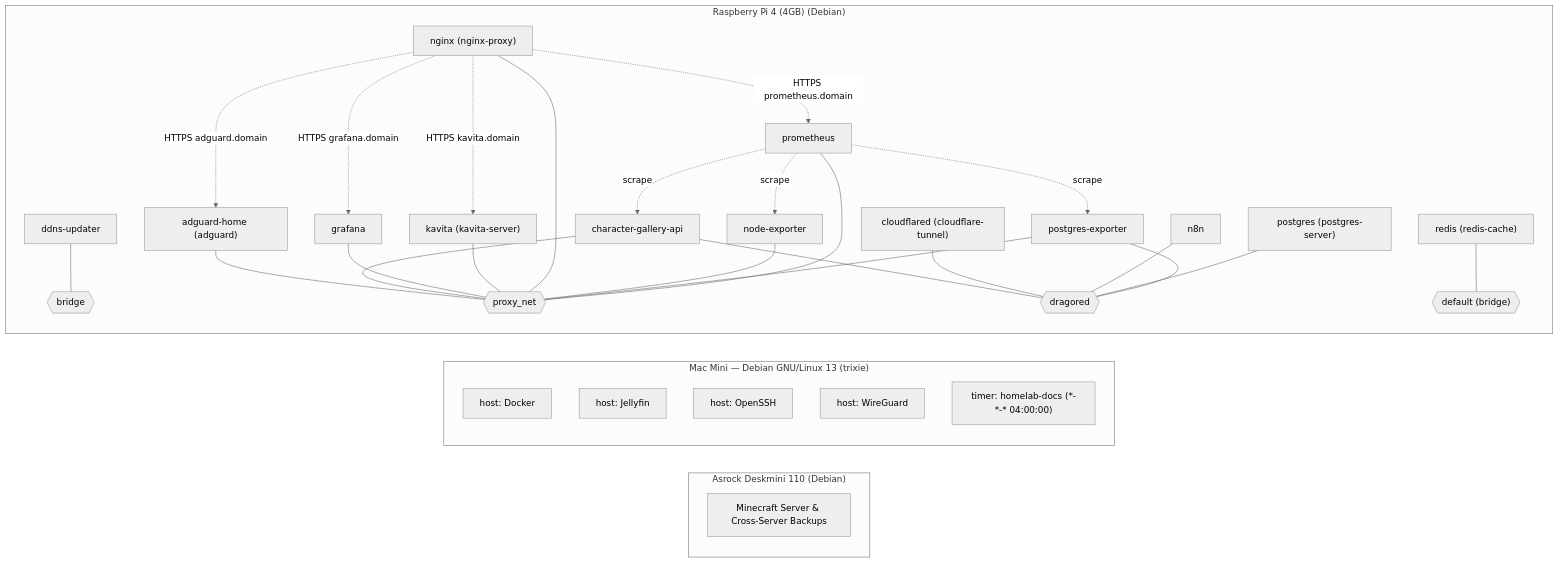
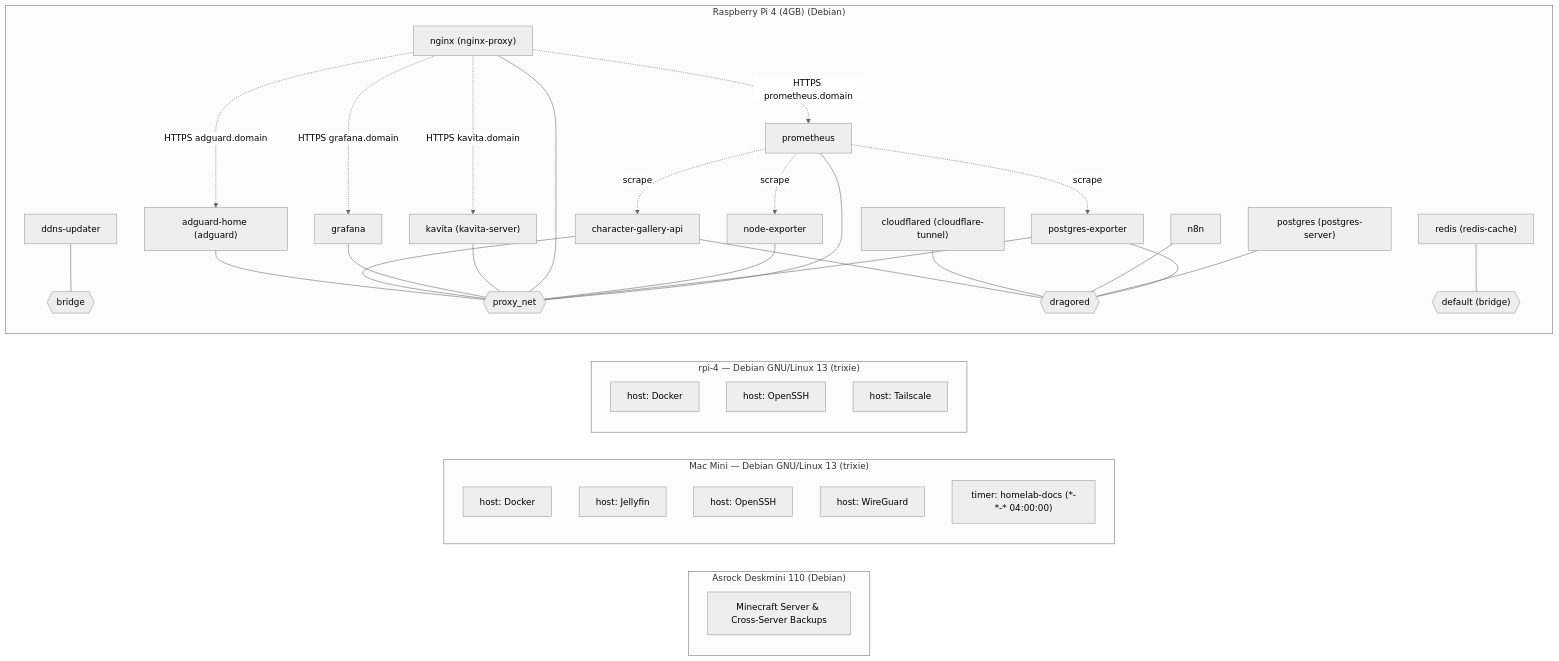
Before and after one commit to dZev1/home-lab: the diagram in README.md, drawn with Mermaid (neutral theme). The commit also changed other lines of this file and 1 other file, not shown here.

Commit message:
docs: auto-update homelab inventory and topology [skip ci]

````diff
--- a/README.md
+++ b/README.md
@@ -35,54 +36,59 @@
 ```mermaid
 flowchart LR
   subgraph node_deskmini["Asrock Deskmini 110 (Debian)"]
     info_deskmini["Minecraft Server & Cross-Server Backups"]
   end
   subgraph node_mac_mini["Mac Mini — Debian GNU/Linux 13 (trixie)"]
     hs_mac-mini_0["host: Docker"]
     hs_mac-mini_1["host: Jellyfin"]
     hs_mac-mini_2["host: OpenSSH"]
     hs_mac-mini_3["host: WireGuard"]
     tm_mac-mini_0["timer: homelab-docs (*-*-* 04:00:00)"]
+  end
+  subgraph node_rpi_4["rpi-4 — Debian GNU/Linux 13 (trixie)"]
+    hs_rpi-4_0["host: Docker"]
+    hs_rpi-4_1["host: OpenSSH"]
+    hs_rpi-4_2["host: Tailscale"]
   end
   subgraph node_rpi4["Raspberry Pi 4 (4GB) (Debian)"]
     net_rpi4_bridge{{"bridge"}}
     net_rpi4_default__bridge_{{"default (bridge)"}}
     net_rpi4_dragored{{"dragored"}}
     net_rpi4_proxy_net{{"proxy_net"}}
     svc_rpi4_adguard_home["adguard-home (adguard)"]
     svc_rpi4_adguard_home --- net_rpi4_proxy_net
     svc_rpi4_character_gallery_api["character-gallery-api"]
     svc_rpi4_character_gallery_api --- net_rpi4_dragored
     svc_rpi4_character_gallery_api --- net_rpi4_proxy_net
     svc_rpi4_cloudflared["cloudflared (cloudflare-tunnel)"]
     svc_rpi4_cloudflared --- net_rpi4_dragored
     svc_rpi4_ddns_updater["ddns-updater"]
     svc_rpi4_ddns_updater --- net_rpi4_bridge
     svc_rpi4_grafana["grafana"]
     svc_rpi4_grafana --- net_rpi4_proxy_net
     svc_rpi4_kavita["kavita (kavita-server)"]
     svc_rpi4_kavita --- net_rpi4_proxy_net
     svc_rpi4_n8n["n8n"]
     svc_rpi4_n8n --- net_rpi4_dragored
     svc_rpi4_nginx["nginx (nginx-proxy)"]
     svc_rpi4_nginx --- net_rpi4_proxy_net
     svc_rpi4_node_exporter["node-exporter"]
     svc_rpi4_node_exporter --- net_rpi4_proxy_net
     svc_rpi4_postgres["postgres (postgres-server)"]
     svc_rpi4_postgres --- net_rpi4_dragored
     svc_rpi4_postgres_exporter["postgres-exporter"]
     svc_rpi4_postgres_exporter --- net_rpi4_proxy_net
     svc_rpi4_postgres_exporter --- net_rpi4_dragored
     svc_rpi4_prometheus["prometheus"]
     svc_rpi4_prometheus --- net_rpi4_proxy_net
     svc_rpi4_redis["redis (redis-cache)"]
     svc_rpi4_redis --- net_rpi4_default__bridge_
   end
   svc_rpi4_nginx -. "HTTPS adguard.domain" .-> svc_rpi4_adguard_home
   svc_rpi4_nginx -. "HTTPS grafana.domain" .-> svc_rpi4_grafana
   svc_rpi4_nginx -. "HTTPS prometheus.domain" .-> svc_rpi4_prometheus
   svc_rpi4_nginx -. "HTTPS kavita.domain" .-> svc_rpi4_kavita
   svc_rpi4_prometheus -. "scrape" .-> svc_rpi4_node_exporter
   svc_rpi4_prometheus -. "scrape" .-> svc_rpi4_character_gallery_api
   svc_rpi4_prometheus -. "scrape" .-> svc_rpi4_postgres_exporter
 ```
````
